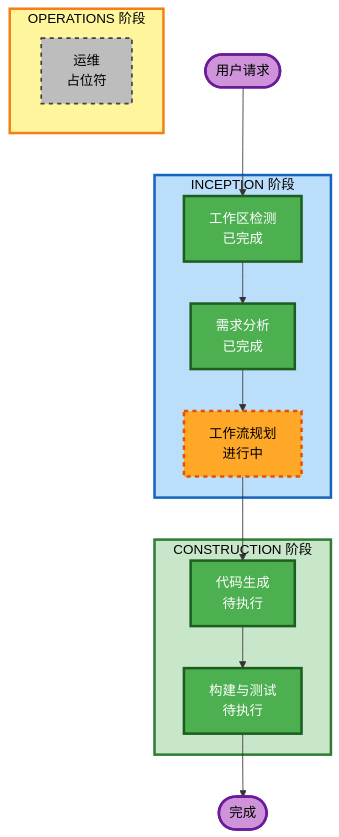
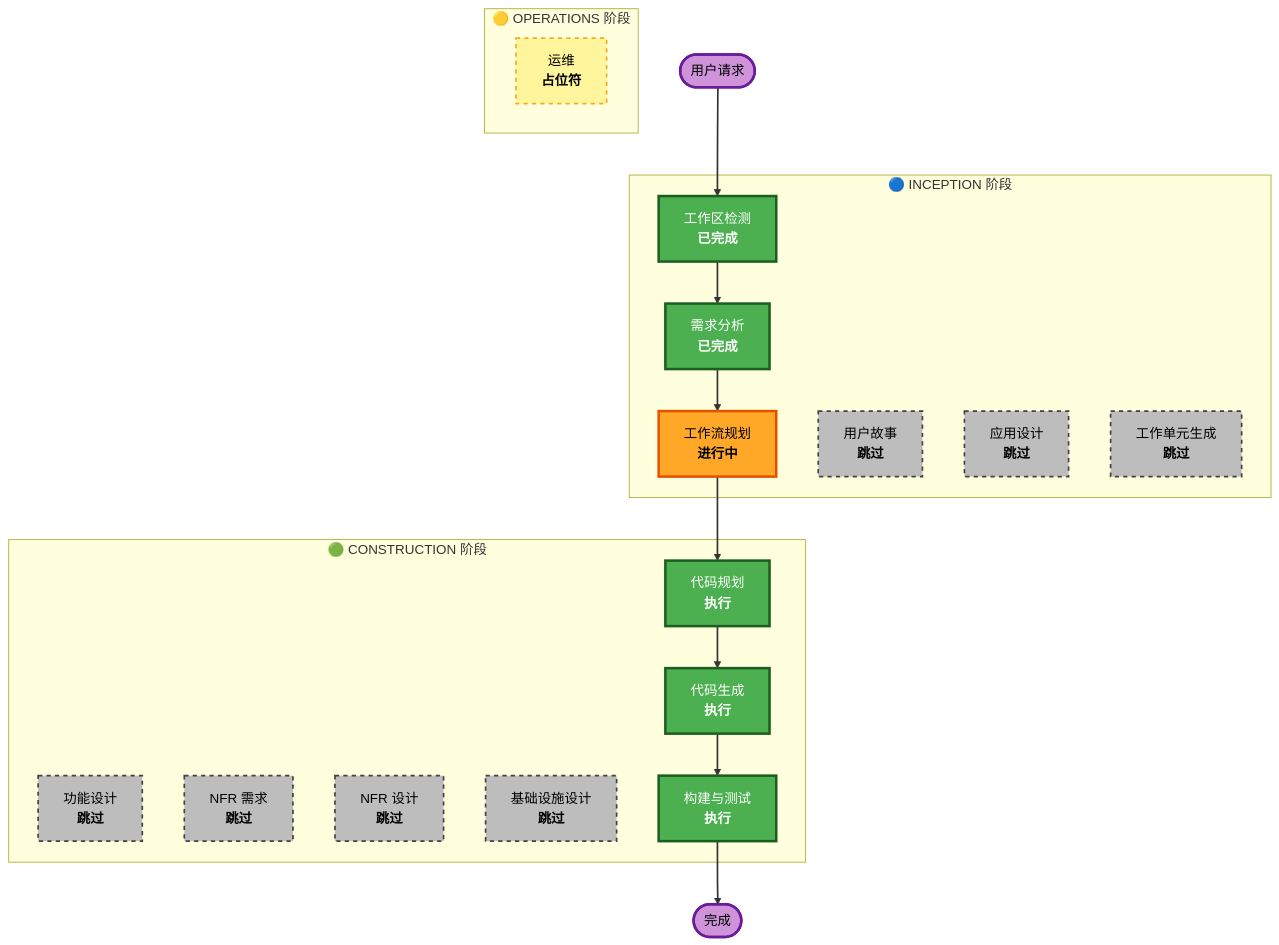
Before and after one commit to wufangfang001/sdp-transfer: the diagram in aidlc-docs/inception/plans/execution-plan.md, drawn with Mermaid. The commit also changed other lines of this file and 16 other files, not shown here.

````diff
--- a/aidlc-docs/inception/plans/execution-plan.md
+++ b/aidlc-docs/inception/plans/execution-plan.md
@@ -25,38 +25,54 @@
 ```mermaid
 flowchart TD
     Start(["用户请求"])
     
-    subgraph INCEPTION["INCEPTION 阶段"]
-        WD["工作区检测<br/>已完成"]
-        RA["需求分析<br/>已完成"]
-        WP["工作流规划<br/>进行中"]
+    subgraph INCEPTION["🔵 INCEPTION 阶段"]
+        WD["工作区检测<br/><b>已完成</b>"]
+        RA["需求分析<br/><b>已完成</b>"]
+        WP["工作流规划<br/><b>进行中</b>"]
+        US["用户故事<br/><b>跳过</b>"]
+        AD["应用设计<br/><b>跳过</b>"]
+        UG["工作单元生成<br/><b>跳过</b>"]
     end
     
-    subgraph CONSTRUCTION["CONSTRUCTION 阶段"]
-        CG["代码生成<br/>待执行"]
-        BT["构建与测试<br/>待执行"]
+    subgraph CONSTRUCTION["🟢 CONSTRUCTION 阶段"]
+        FD["功能设计<br/><b>跳过</b>"]
+        NFRA["NFR 需求<br/><b>跳过</b>"]
+        NFRD["NFR 设计<br/><b>跳过</b>"]
+        ID["基础设施设计<br/><b>跳过</b>"]
+        CP["代码规划<br/><b>执行</b>"]
+        CG["代码生成<br/><b>执行</b>"]
+        BT["构建与测试<br/><b>执行</b>"]
     end
     
-    subgraph OPERATIONS["OPERATIONS 阶段"]
-        OPS["运维<br/>占位符"]
+    subgraph OPERATIONS["🟡 OPERATIONS 阶段"]
+        OPS["运维<br/><b>占位符</b>"]
     end
     
     Start --> WD
     WD --> RA
     RA --> WP
-    WP --> CG
+    WP --> CP
+    CP --> CG
     CG --> BT
     BT --> End(["完成"])
     
     style WD fill:#4CAF50,stroke:#1B5E20,stroke-width:3px,color:#fff
     style RA fill:#4CAF50,stroke:#1B5E20,stroke-width:3px,color:#fff
-    style WP fill:#FFA726,stroke:#E65100,stroke-width:3px,stroke-dasharray: 5 5,color:#000
+    style WP fill:#FFA726,stroke:#E65100,stroke-width:3px,color:#000
+    style US fill:#BDBDBD,stroke:#424242,stroke-width:2px,stroke-dasharray: 5 5,color:#000
+    style AD fill:#BDBDBD,stroke:#424242,stroke-width:2px,stroke-dasharray: 5 5,color:#000
+    style UG fill:#BDBDBD,stroke:#424242,stroke-width:2px,stroke-dasharray: 5 5,color:#000
+    style FD fill:#BDBDBD,stroke:#424242,stroke-width:2px,stroke-dasharray: 5 5,color:#000
+    style NFRA fill:#BDBDBD,stroke:#424242,stroke-width:2px,stroke-dasharray: 5 5,color:#000
+    style NFRD fill:#BDBDBD,stroke:#424242,stroke-width:2px,stroke-dasharray: 5 5,color:#000
+    style ID fill:#BDBDBD,stroke:#424242,stroke-width:2px,stroke-dasharray: 5 5,color:#000
+    style CP fill:#4CAF50,stroke:#1B5E20,stroke-width:3px,color:#fff
     style CG fill:#4CAF50,stroke:#1B5E20,stroke-width:3px,color:#fff
     style BT fill:#4CAF50,stroke:#1B5E20,stroke-width:3px,color:#fff
-    style OPS fill:#BDBDBD,stroke:#424242,stroke-width:2px,stroke-dasharray: 5 5,color:#000
     style Start fill:#CE93D8,stroke:#6A1B9A,stroke-width:3px,color:#000
     style End fill:#CE93D8,stroke:#6A1B9A,stroke-width:3px,color:#000
-    style INCEPTION fill:#BBDEFB,stroke:#1565C0,stroke-width:3px,color:#000
-    style CONSTRUCTION fill:#C8E6C9,stroke:#2E7D32,stroke-width:3px,color:#000
-    style OPERATIONS fill:#FFF59D,stroke:#F57F17,stroke-width:3px,color:#000
+    style OPS fill:#FFF59D,stroke:#F9A825,stroke-width:2px,stroke-dasharray: 5 5,color:#000
+    
+    linkStyle default stroke:#333,stroke-width:2px
 ```
````
